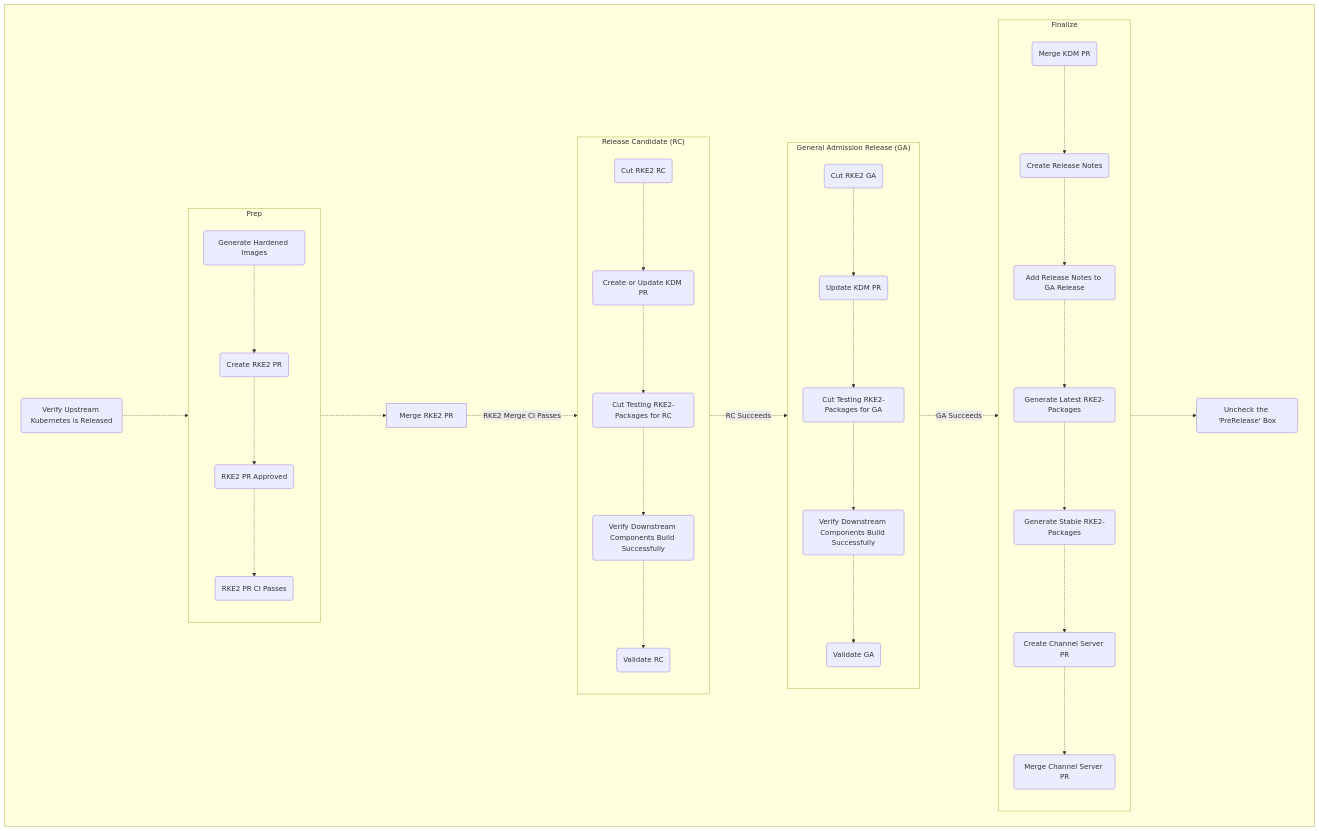
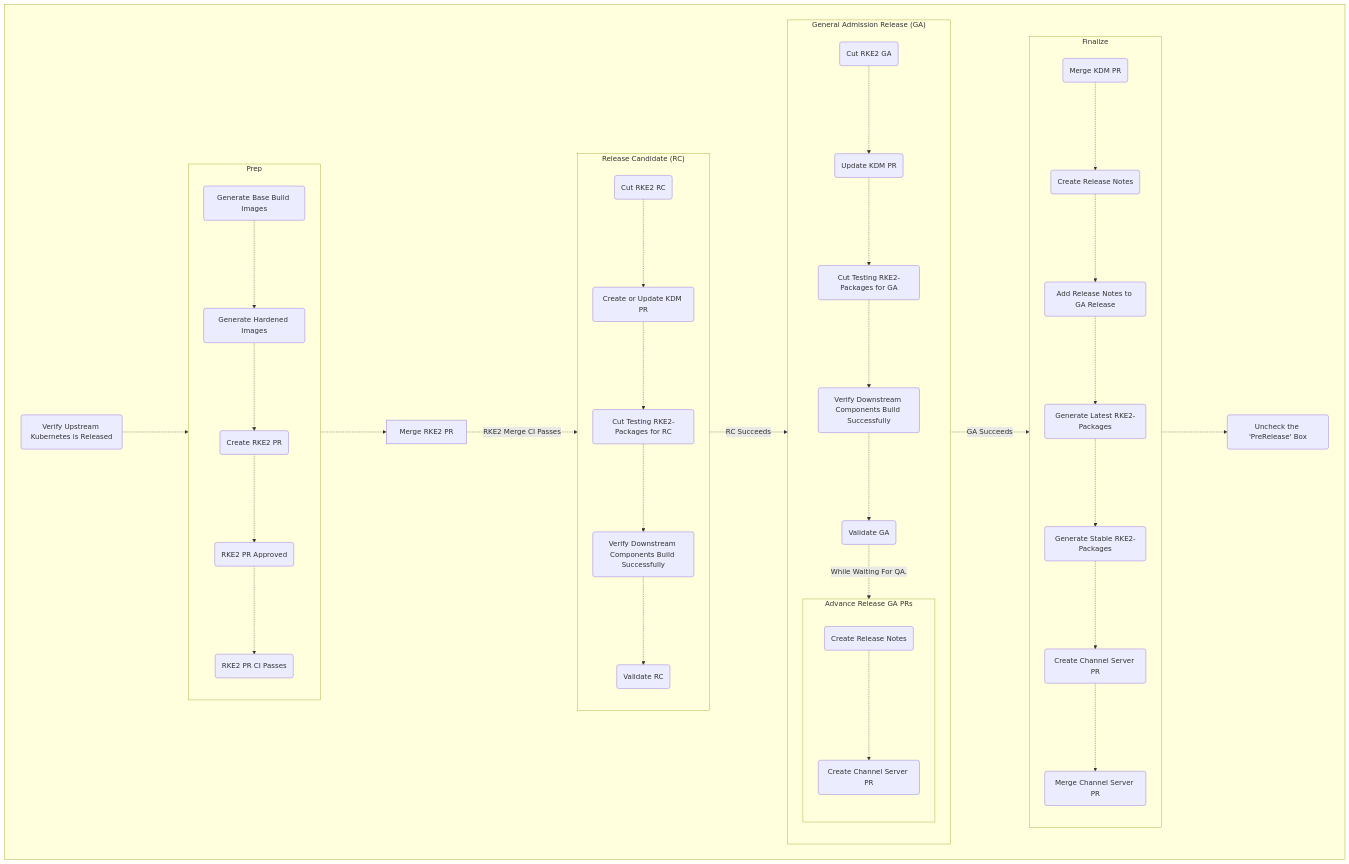
Before and after one commit to rancher/ecm-distro-tools: the diagram in docs/releasing_rke2_explained.md, drawn with Mermaid. The commit also changed other lines of this file, not shown here.

Commit message:
Add Go version steps (#580)

````diff
--- a/docs/releasing_rke2_explained.md
+++ b/docs/releasing_rke2_explained.md
@@ -782,53 +812,61 @@
 ```mermaid
 flowchart LR
 
 subgraph Overview [" "]
   direction LR
   Start("Verify Upstream Kubernetes is Released") -..-> Prep -..->
   PRa["Merge RKE2 PR"] -."RKE2 Merge CI Passes".-> RC
   RC -."RC Succeeds".-> GA -."GA Succeeds".-> Finalize -..->
   End("Uncheck the 'PreRelease' Box")
 end
 
-GenImage("Generate Hardened Images")
+RnPRCreate("Create Release Notes")
+CsPR2("Create Channel Server PR")
+subgraph AdvanceSteps ["Advance Release GA PRs"]
+    direction TB
+    RnPRCreate -..-> CsPR2
+end
+
+GenBaseImage("Generate Base Build Images")
+GenK8sImage("Generate Hardened Images")
 PrCreate("Create RKE2 PR")
 PrPass("RKE2 PR CI Passes")
 PrApprove("RKE2 PR Approved")
 subgraph Prep
   direction TB
-  GenImage -..-> PrCreate -..-> PrApprove -..-> PrPass
+  GenBaseImage -..-> GenK8sImage -..-> PrCreate -..-> PrApprove -..-> PrPass
 end
 
 RcCut("Cut RKE2 RC")
 RcDown("Verify Downstream Components Build Successfully")
 RcRpm("Cut Testing RKE2-Packages for RC")
 RcKdm("Create or Update KDM PR")
 RcQa("Validate RC")
 subgraph RC ["Release Candidate (RC)"]
   direction TB
   RcCut -..-> RcKdm -..-> RcRpm -..-> RcDown -..-> RcQa
 end
 
 GaCut("Cut RKE2 GA")
 GaDown("Verify Downstream Components Build Successfully")
 GaRpm("Cut Testing RKE2-Packages for GA")
 GaKdm("Update KDM PR")
 GaQa("Validate GA")
 subgraph GA ["General Admission Release (GA)"]
   direction TB
-  GaCut -..-> GaKdm -..-> GaRpm -..-> GaDown -..-> GaQa
+  GaCut -..-> GaKdm -..-> GaRpm -..-> GaDown -..-> GaQa -."While Waiting For QA.".-> AdvanceSteps
 end
 
 KdmMerge("Merge KDM PR")
 RnCreate("Create Release Notes")
 RnAdd("Add Release Notes to GA Release")
 RpmLatest("Generate Latest RKE2-Packages")
 RpmStable("Generate Stable RKE2-Packages")
 CsPR("Create Channel Server PR")
 CsMerge("Merge Channel Server PR")
 subgraph Finalize
   direction TB
   KdmMerge -..-> RnCreate -..-> RnAdd -..->
   RpmLatest -..-> RpmStable -..-> CsPR -..-> CsMerge
 end
 ```
````
